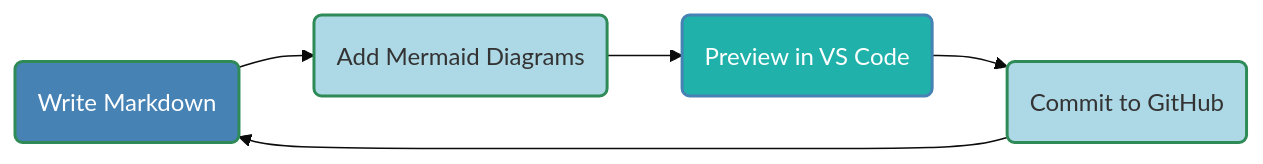
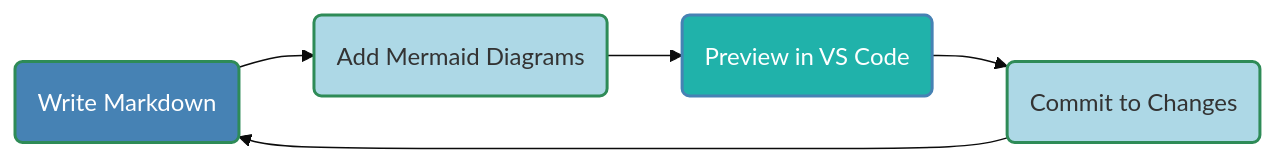
Before and after one commit to buckeye43210/markdown-to-snowkb: the fourth of 8 diagrams in README.md, drawn with Mermaid (base theme).

Commit message:
revising document

````diff
--- a/README.md
+++ b/README.md
@@ -171,12 +171,12 @@
 ```mermaid
 graph LR
     A(Write Markdown) --> B(Add Mermaid Diagrams)
     B --> C(Preview in VS Code)
-    C --> D(Commit to GitHub)
+    C --> D(Commit to Changes)
     D --> A
 
     style A fill:#4682B4,stroke:#2E8B57,stroke-width:2px,color:#FFFFFF
     style B fill:#ADD8E6,stroke:#2E8B57,stroke-width:2px
     style C fill:#20B2AA,stroke:#4682B4,stroke-width:2px,color:#FFFFFF
     style D fill:#ADD8E6,stroke:#2E8B57,stroke-width:2px
 ```
````
